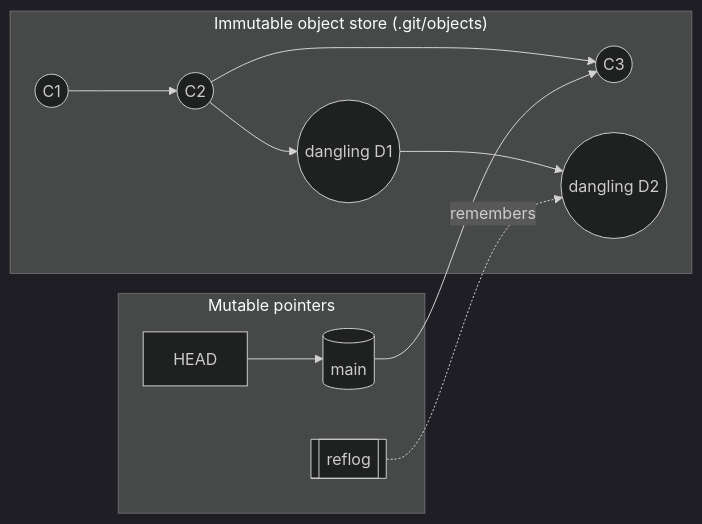
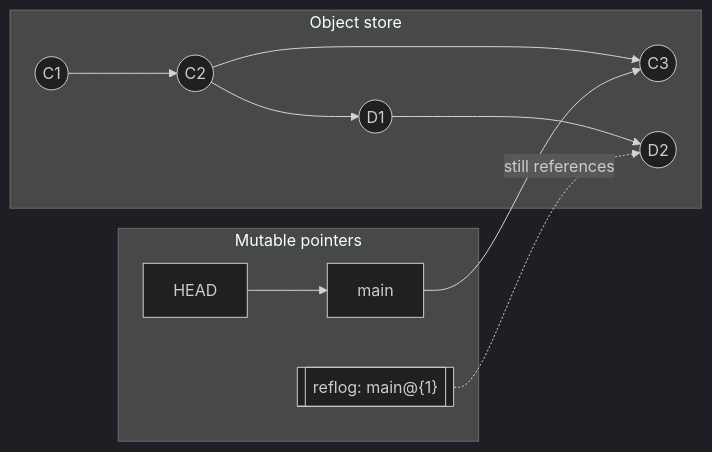
Before and after one commit to AndrewAltimit/Documentation: the first of 3 diagrams in github-pages/docs/technology/git/conflict-and-recovery.md, drawn with Mermaid (dark theme). The commit also changed other lines of this file and 240 other files, not shown here.

````diff
--- a/github-pages/docs/technology/git/conflict-and-recovery.md
+++ b/github-pages/docs/technology/git/conflict-and-recovery.md
@@ -23,13 +22,13 @@
 ```mermaid
 flowchart LR
     subgraph Pointers["Mutable pointers"]
-        HEAD[HEAD] --> main[(main)]
-        reflog[[reflog]]
+        HEAD["HEAD"] --> main["main"]
+        reflog[["reflog: main@{1}"]]
     end
-    subgraph Store["Immutable object store (.git/objects)"]
+    subgraph Store["Object store"]
         c1((C1)) --> c2((C2)) --> c3((C3))
-        c2 --> d1((dangling D1)) --> d2((dangling D2))
+        c2 --> d1((D1)) --> d2((D2))
     end
     main --> c3
-    reflog -.remembers.-> d2
+    reflog -. "still references" .-> d2
 ```
````
